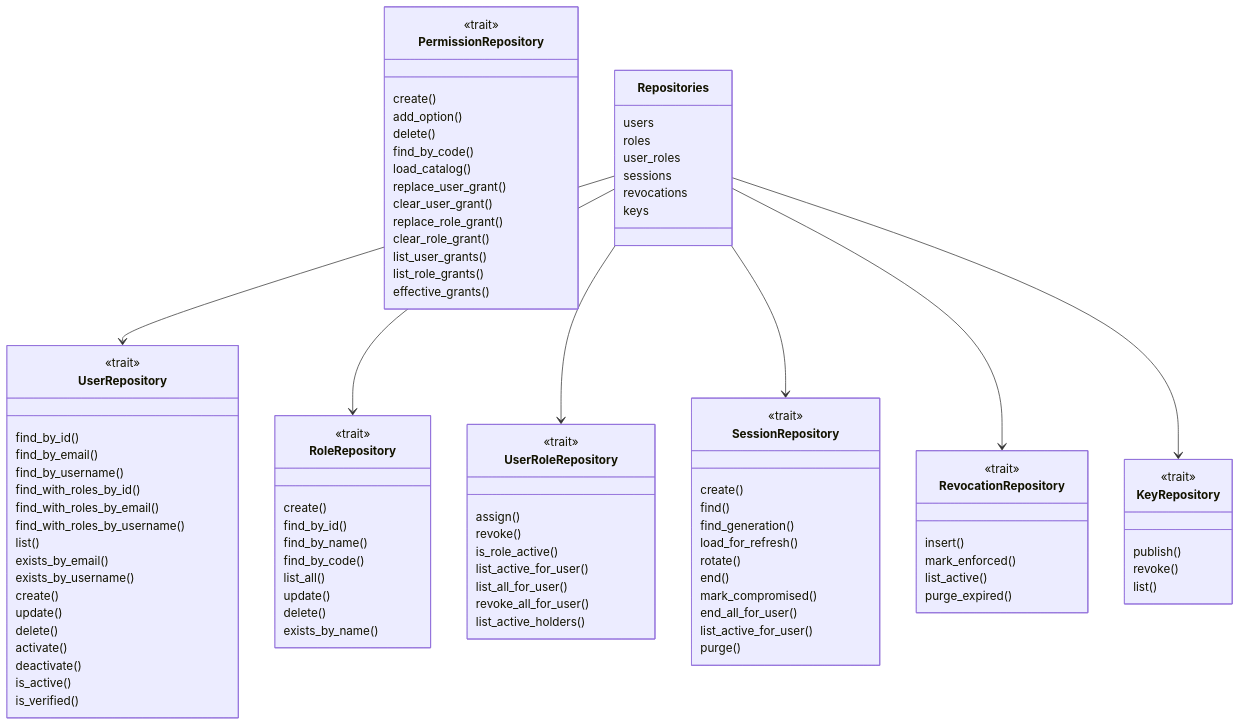
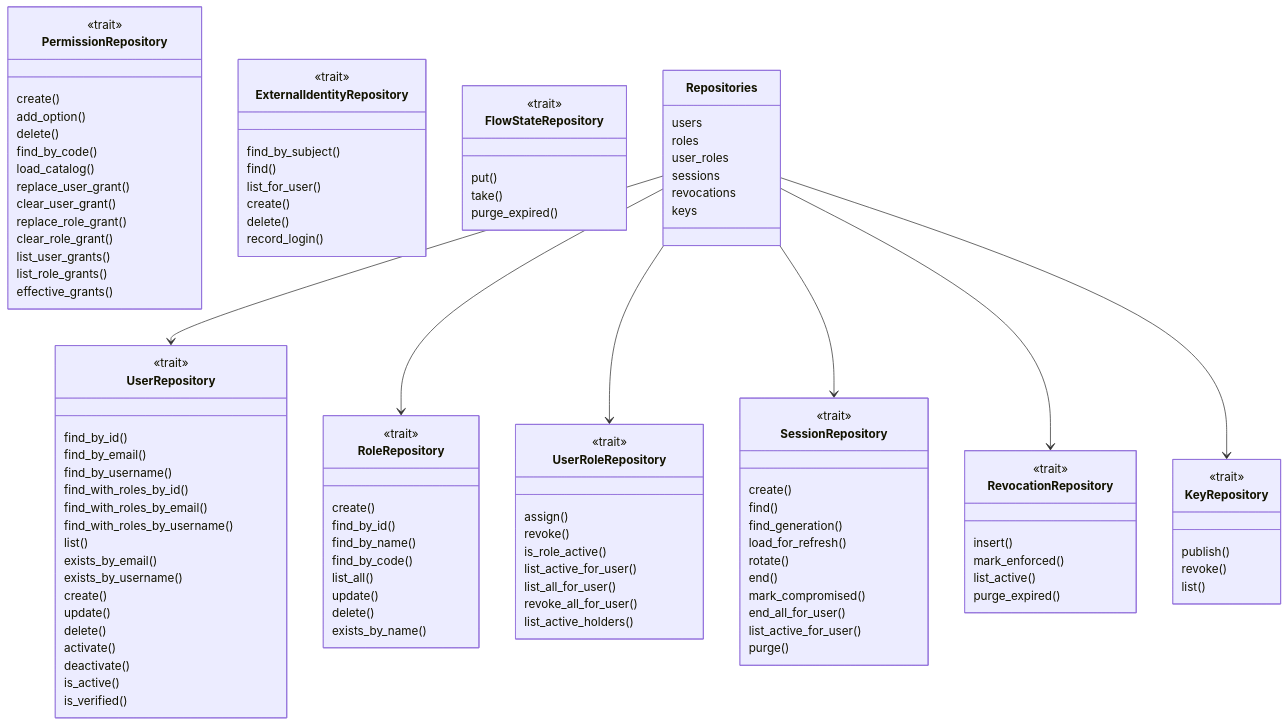
One commit to eugenezimin/auth-lib changed the first of 2 diagrams in docs/storage-ports.md. Above: the diagram before and after it, drawn with Mermaid. The commit also changed other lines of this file and 19 other files, not shown here.

```diff
--- a/docs/storage-ports.md
+++ b/docs/storage-ports.md
@@ -95,6 +95,21 @@
         list_role_grants()
         effective_grants()
     }
+    class ExternalIdentityRepository {
+        <<trait>>
+        find_by_subject()
+        find()
+        list_for_user()
+        create()
+        delete()
+        record_login()
+    }
+    class FlowStateRepository {
+        <<trait>>
+        put()
+        take()
+        purge_expired()
+    }
     class Repositories {
         users
         roles
```
